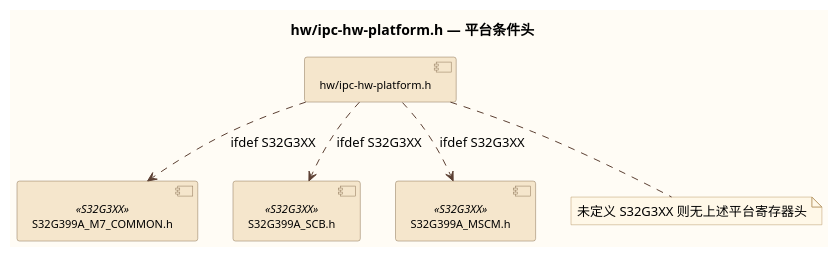
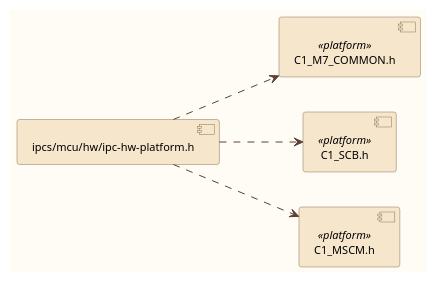
Before and after one commit to Mastang1/sad_sdd_proj: the diagram in c1_sdd_linux-ipcs/cursor_tmp/files_32_umls/3_2_9.puml, drawn with PlantUML. The commit also changed 21 other files, not shown here.

```diff
--- a/c1_sdd_linux-ipcs/cursor_tmp/files_32_umls/3_2_9.puml
+++ b/c1_sdd_linux-ipcs/cursor_tmp/files_32_umls/3_2_9.puml
@@ -1,26 +1,25 @@
 @startuml
 skinparam backgroundColor #FFFCF5
 skinparam component {
   BackgroundColor #F5E6CC
   BorderColor #8B7355
   FontSize 11
 }
 skinparam package {
   BackgroundColor #FAF0E0
   BorderColor #A08060
 }
 skinparam arrowColor #5C4033
 skinparam note {
   BackgroundColor #FFF8E8
   BorderColor #B89968
 }
-title hw/ipc-hw-platform.h — 平台条件头
-component [hw/ipc-hw-platform.h] as P
-component [S32G399A_M7_COMMON.h] as S1 <<S32G3XX>>
-component [S32G399A_SCB.h] as S2 <<S32G3XX>>
-component [S32G399A_MSCM.h] as S3 <<S32G3XX>>
-P ..> S1 : ifdef S32G3XX
-P ..> S2 : ifdef S32G3XX
-P ..> S3 : ifdef S32G3XX
-note bottom of P : 未定义 S32G3XX 则无上述平台寄存器头
+left to right direction
+component [ipcs/mcu/hw/ipc-hw-platform.h] as P
+component [C1_M7_COMMON.h] as S1 <<platform>>
+component [C1_SCB.h] as S2 <<platform>>
+component [C1_MSCM.h] as S3 <<platform>>
+P ..> S1
+P ..> S2
+P ..> S3
 @enduml
```
